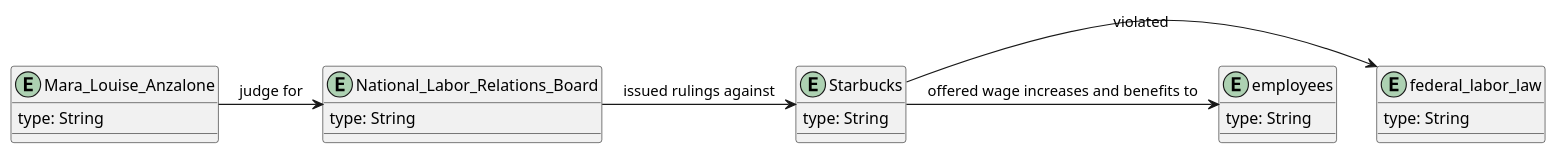
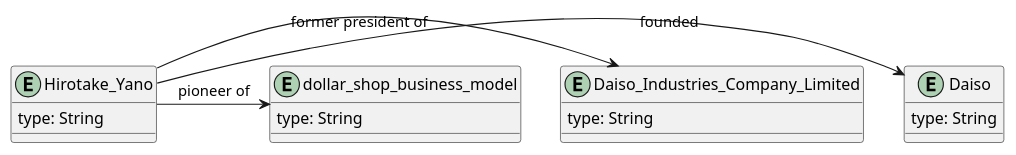
Before and after one commit to zzhengweii/zweckers: the diagram in app/server/ner_diagram/temp.puml, drawn with PlantUML. The commit also changed 6 other files, not shown here.

```diff
--- a/app/server/ner_diagram/temp.puml
+++ b/app/server/ner_diagram/temp.puml
@@ -1,21 +1,17 @@
 @startuml
-entity Starbucks {             
+entity Hirotake_Yano {             
 type: String 
 } 
-entity federal_labor_law {             
+entity Daiso {             
 type: String 
 } 
-entity National_Labor_Relations_Board {             
+entity Daiso_Industries_Company_Limited {             
 type: String 
 } 
-entity Mara_Louise_Anzalone {             
+entity dollar_shop_business_model {             
 type: String 
 } 
-entity employees {             
-type: String 
-} 
-Starbucks -> federal_labor_law : violated
-National_Labor_Relations_Board -> Starbucks : issued rulings against
-Mara_Louise_Anzalone -> National_Labor_Relations_Board : judge for
-Starbucks -> employees : offered wage increases and benefits to
+Hirotake_Yano -> Daiso : founded
+Hirotake_Yano -> Daiso_Industries_Company_Limited : former president of
+Hirotake_Yano -> dollar_shop_business_model : pioneer of
 @enduml
```
